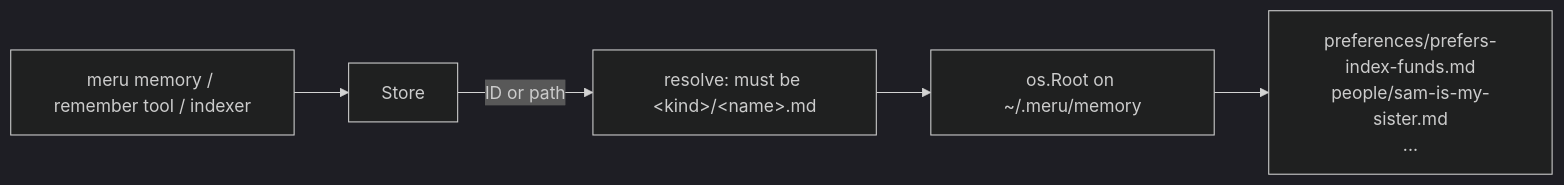
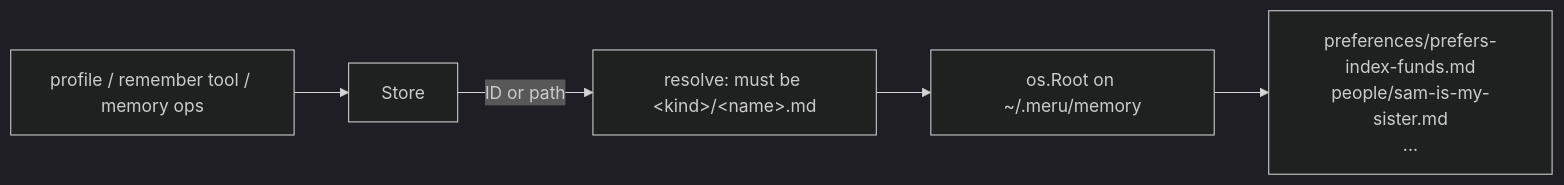
Before and after one commit to aarora79/meru: the diagram in docs/coding-notes/memory.md, drawn with Mermaid (dark theme). The commit also changed other lines of this file and 30 other files, not shown here.

First line of the commit message:
Put the user's profile in every prompt; add remember and the memory ops

````diff
--- a/docs/coding-notes/memory.md
+++ b/docs/coding-notes/memory.md
@@ -28,7 +37,7 @@
 ```mermaid
 flowchart LR
-    caller["meru memory / remember tool / indexer"] --> store["Store"]
+    caller["profile / remember tool / memory ops"] --> store["Store"]
     store -- "ID or path" --> resolve["resolve: must be &lt;kind&gt;/&lt;name&gt;.md"]
     resolve --> root["os.Root on ~/.meru/memory"]
     root --> files["preferences/prefers-index-funds.md<br/>people/sam-is-my-sister.md<br/>..."]
 ```
````
